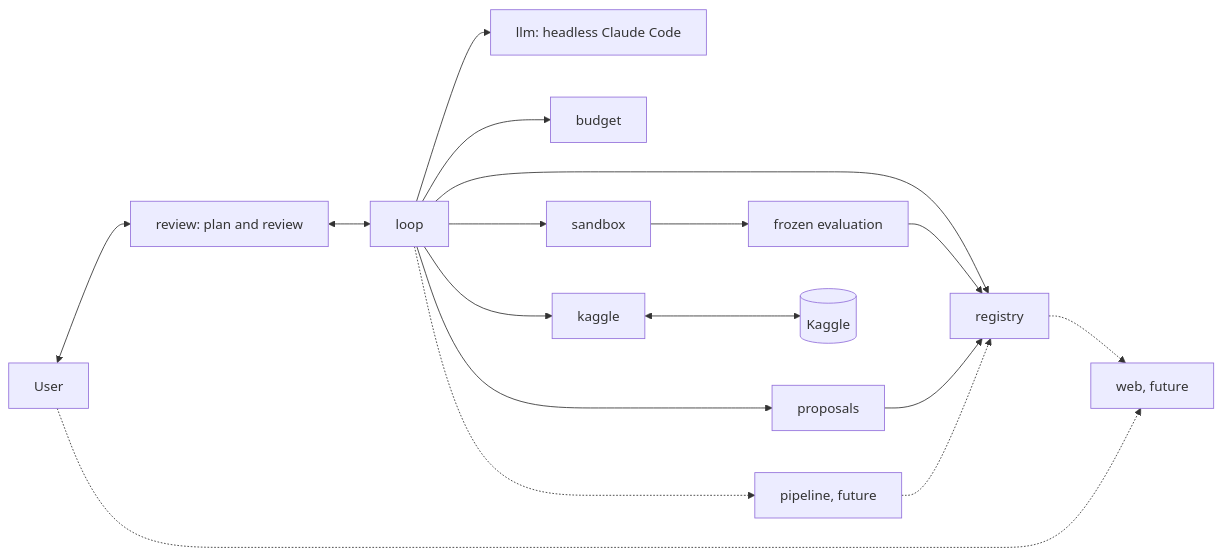
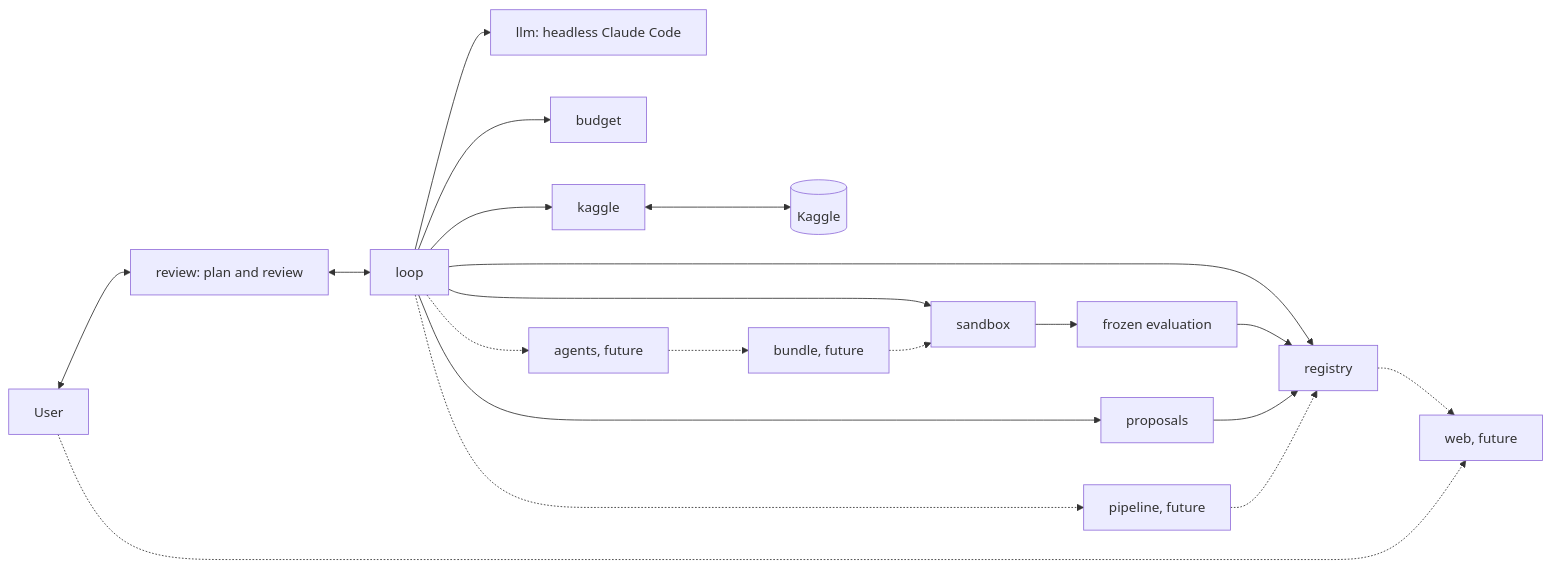
One commit to a-scaravelli/ds-agent changed the diagram in docs/design.md. Above: the diagram before and after it, drawn with Mermaid. The commit also changed other lines of this file, not shown here.

````diff
--- a/docs/design.md
+++ b/docs/design.md
@@ -400,19 +401,22 @@
 ```mermaid
 flowchart LR
     H[User] <--> R[review: plan and review]
     R <--> L[loop]
     L --> P[proposals]
     L --> LM[llm: headless Claude Code]
     L --> B[budget]
     L --> S[sandbox]
     S --> E[frozen evaluation]
     L --> G[registry]
     L --> K[kaggle]
     K <--> KG[(Kaggle)]
     E --> G
     P --> G
+    L -.-> AG[agents, future]
+    AG -.-> BU[bundle, future]
+    BU -.-> S
     L -.-> PL[pipeline, future]
     G -.-> W[web, future]
     PL -.-> G
     H -.-> W
 ```
````
